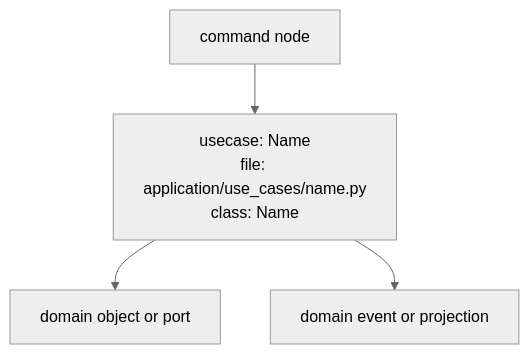
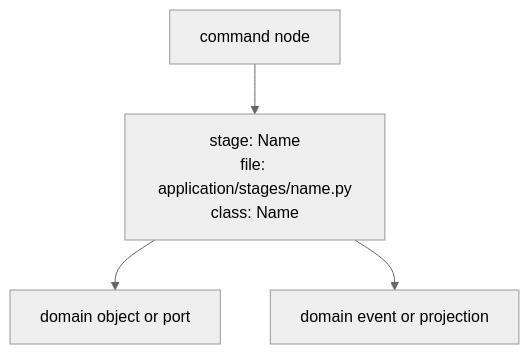
One commit to 9orky/enclosure changed diagram 12 of 14 in .enclosure/plans/planning-workflow/UML.md. Above: the diagram before and after it, drawn with Mermaid (neutral theme). The commit also changed other lines of this file and 23 other files, not shown here.

````diff
--- a/.enclosure/plans/planning-workflow/UML.md
+++ b/.enclosure/plans/planning-workflow/UML.md
@@ -351,6 +367,6 @@
 ```mermaid
 flowchart TD
-    Command["command node"] --> UseCase["usecase: Name\nfile: application/use_cases/name.py\nclass: Name"]
-    UseCase --> Domain["domain object or port"]
-    UseCase --> Event["domain event or projection"]
+    Command["command node"] --> Stage["stage: Name\nfile: application/stages/name.py\nclass: Name"]
+    Stage --> Domain["domain object or port"]
+    Stage --> Event["domain event or projection"]
 ```
````
